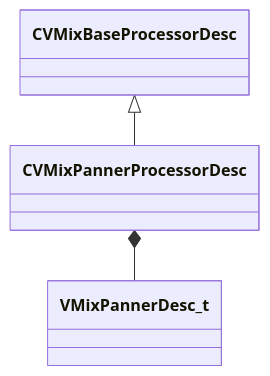
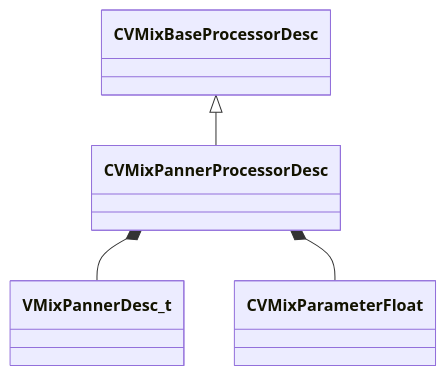
The diagram in docs/generated/schemas/soundsystem_lowlevel/CVMixPannerProcessorDesc.md (CS2OpenDev/CS2OpenDev-Docs), drawn with Mermaid before and after one commit. The commit also changed other lines of this file and 4654 other files, not shown here.

Commit message:
docs: regenerate for SchemaTracker build 25947352 [skip ci]

````diff
--- a/docs/generated/schemas/soundsystem_lowlevel/CVMixPannerProcessorDesc.md
+++ b/docs/generated/schemas/soundsystem_lowlevel/CVMixPannerProcessorDesc.md
@@ -19,5 +19,6 @@
 ```mermaid
 classDiagram
     CVMixBaseProcessorDesc <|-- CVMixPannerProcessorDesc
     CVMixPannerProcessorDesc *-- VMixPannerDesc_t
+    CVMixPannerProcessorDesc *-- CVMixParameterFloat
 ```
````
